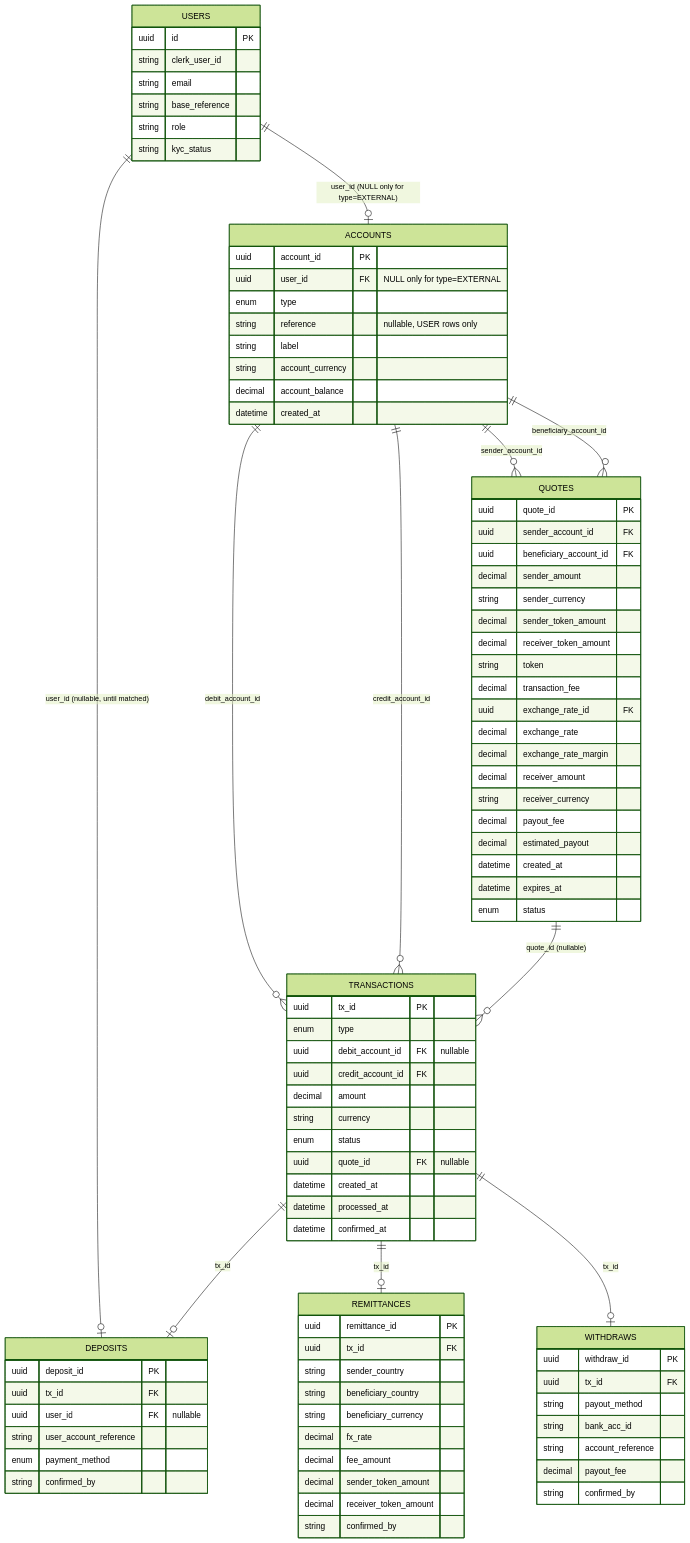
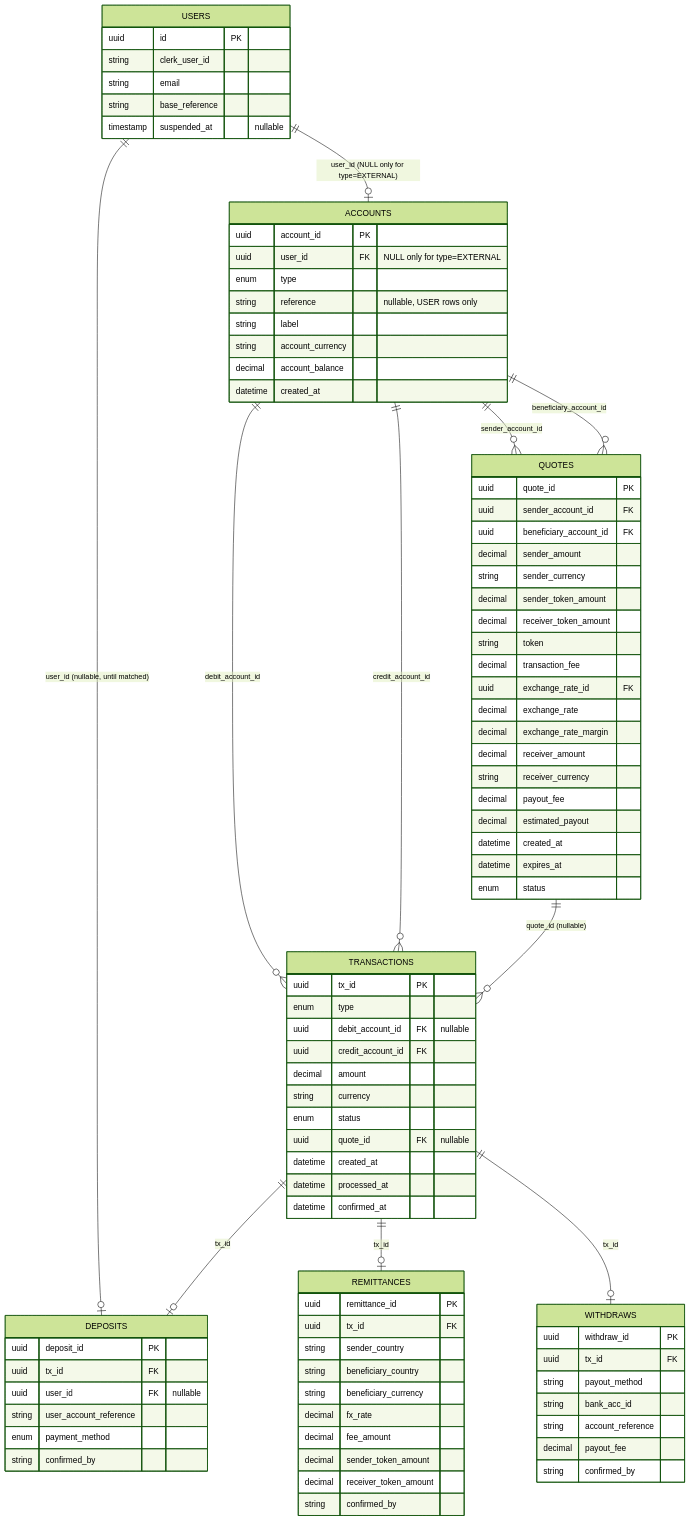
Before and after one commit to Katlego-Sekoele/RemitX: the diagram in api/Transaction_Flow_Context.md, drawn with Mermaid (forest theme). The commit also changed other lines of this file and 23 other files, not shown here.

```diff
--- a/api/Transaction_Flow_Context.md
+++ b/api/Transaction_Flow_Context.md
@@ -170,8 +170,7 @@
         string clerk_user_id
         string email
         string base_reference
-        string role
-        string kyc_status
+        timestamp suspended_at "nullable"
     }
     ACCOUNTS {
         uuid account_id PK
```
